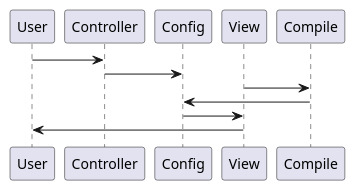
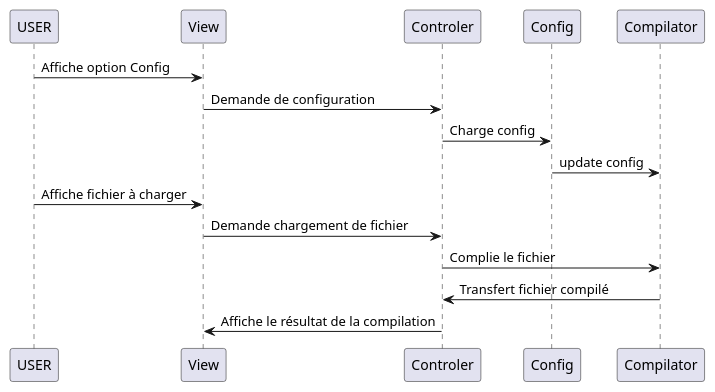
Before and after one commit to DWWM-AFPA/LPCC: the diagram in docs/SequenceDiagram.puml, drawn with PlantUML. The commit also changed 34 other files, not shown here.

```diff
--- a/docs/SequenceDiagram.puml
+++ b/docs/SequenceDiagram.puml
@@ -1,11 +1,17 @@
 @startuml
 'https://plantuml.com/use-case-diagram
-User->Controller
-Controller->Config
-View->Compile
-Compile->Config
-Config -> View
-View -> User
 
 
+
+
+USER -> View : Affiche option Config
+View -> Controler : Demande de configuration
+Controler -> Config : Charge config
+Config -> Compilator : update config
+USER -> View : Affiche fichier à charger
+View -> Controler : Demande chargement de fichier
+Controler -> Compilator : Complie le fichier
+Compilator -> Controler : Transfert fichier compilé
+Controler -> View : Affiche le résultat de la compilation
+
 @enduml
```
